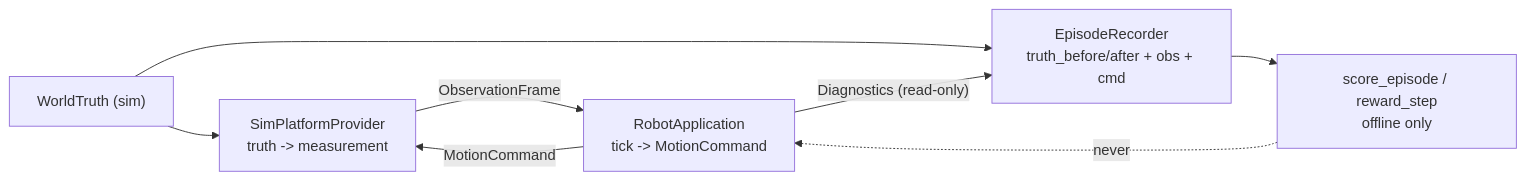
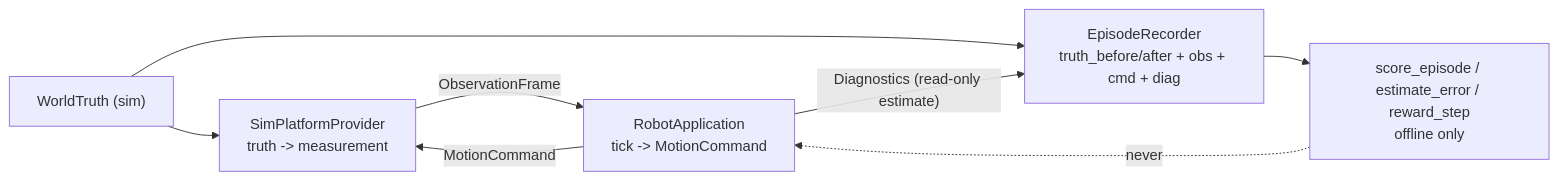
One commit to Robin-1978/lost-signal changed the diagram in docs/truth-isolation.md. Above: the diagram before and after it, drawn with Mermaid. The commit also changed other lines of this file and 8 other files, not shown here.

Commit message:
feat: truth-vs-estimate offline comparison, truth never penetrates

````diff
--- a/docs/truth-isolation.md
+++ b/docs/truth-isolation.md
@@ -13,10 +18,10 @@
 ```mermaid
 flowchart LR
   Truth["WorldTruth (sim)"] --> Prov["SimPlatformProvider<br/>truth -> measurement"]
   Prov -->|"ObservationFrame"| App["RobotApplication<br/>tick -> MotionCommand"]
   App -->|"MotionCommand"| Prov
-  Truth --> Rec["EpisodeRecorder<br/>truth_before/after + obs + cmd"]
-  App -->|"Diagnostics (read-only)"| Rec
-  Rec --> Score["score_episode / reward_step<br/>offline only"]
+  Truth --> Rec["EpisodeRecorder<br/>truth_before/after + obs + cmd + diag"]
+  App -->|"Diagnostics (read-only estimate)"| Rec
+  Rec --> Score["score_episode / estimate_error / reward_step<br/>offline only"]
   Score -.->|"never"| App
 ```
````
